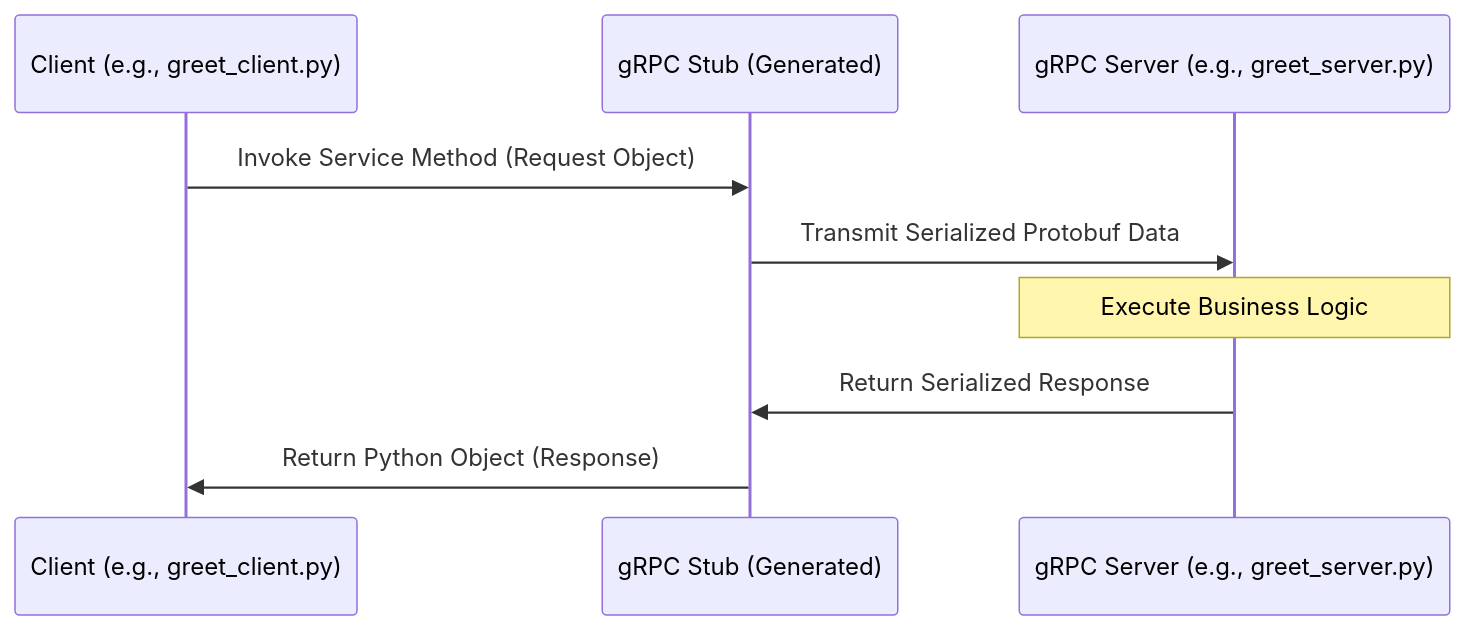
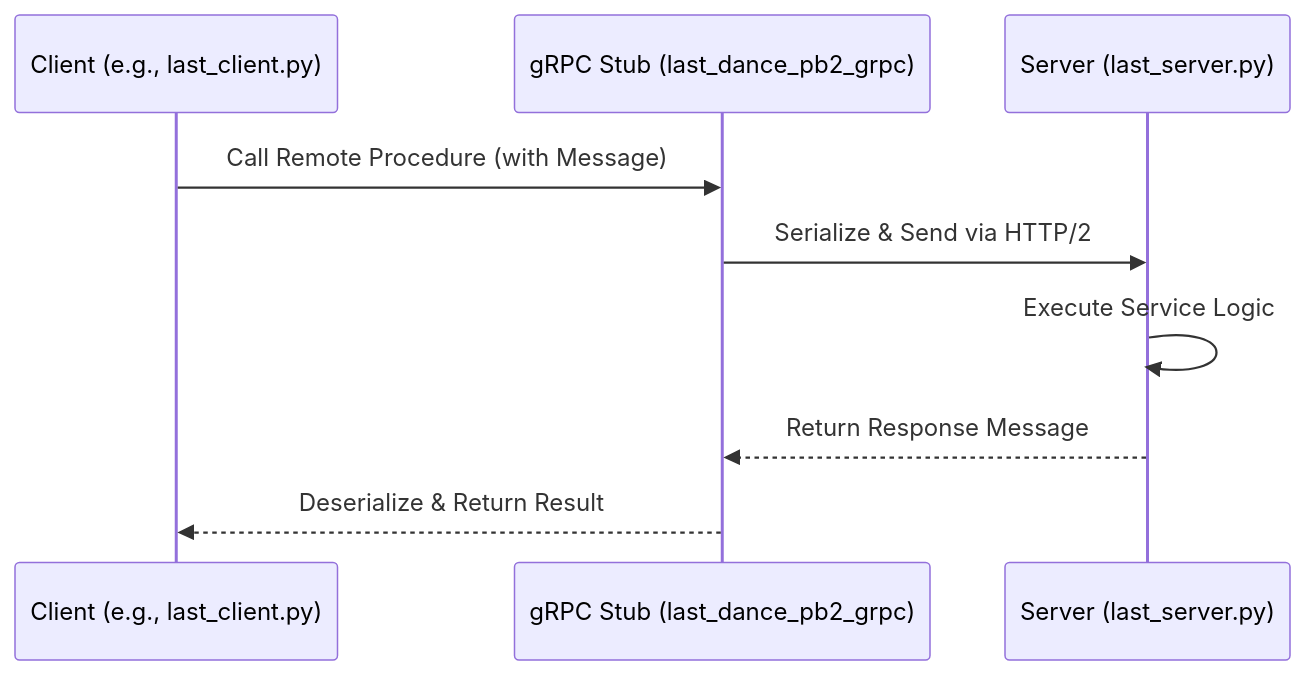
Before and after one commit to YusuffBulbul/GRPC_calisma: the second of 2 diagrams in README_ARCH.md, drawn with Mermaid. The commit also changed other lines of this file, not shown here.

````diff
--- a/README_ARCH.md
+++ b/README_ARCH.md
@@ -52,13 +55,13 @@
 ```mermaid
 sequenceDiagram
-    participant C as Client (e.g., greet_client.py)
-    participant ST as gRPC Stub (Generated)
-    participant S as gRPC Server (e.g., greet_server.py)
+    participant C as Client (e.g., last_client.py)
+    participant S as gRPC Stub (last_dance_pb2_grpc)
+    participant SRV as Server (last_server.py)
 
-    C->>ST: Invoke Service Method (Request Object)
-    ST->>S: Transmit Serialized Protobuf Data
-    Note over S: Execute Business Logic
-    S->>ST: Return Serialized Response
-    ST->>C: Return Python Object (Response)
+    C->>S: Call Remote Procedure (with Message)
+    S->>SRV: Serialize & Send via HTTP/2
+    SRV->>SRV: Execute Service Logic
+    SRV-->>S: Return Response Message
+    S-->>C: Deserialize & Return Result
 
 ```
````
